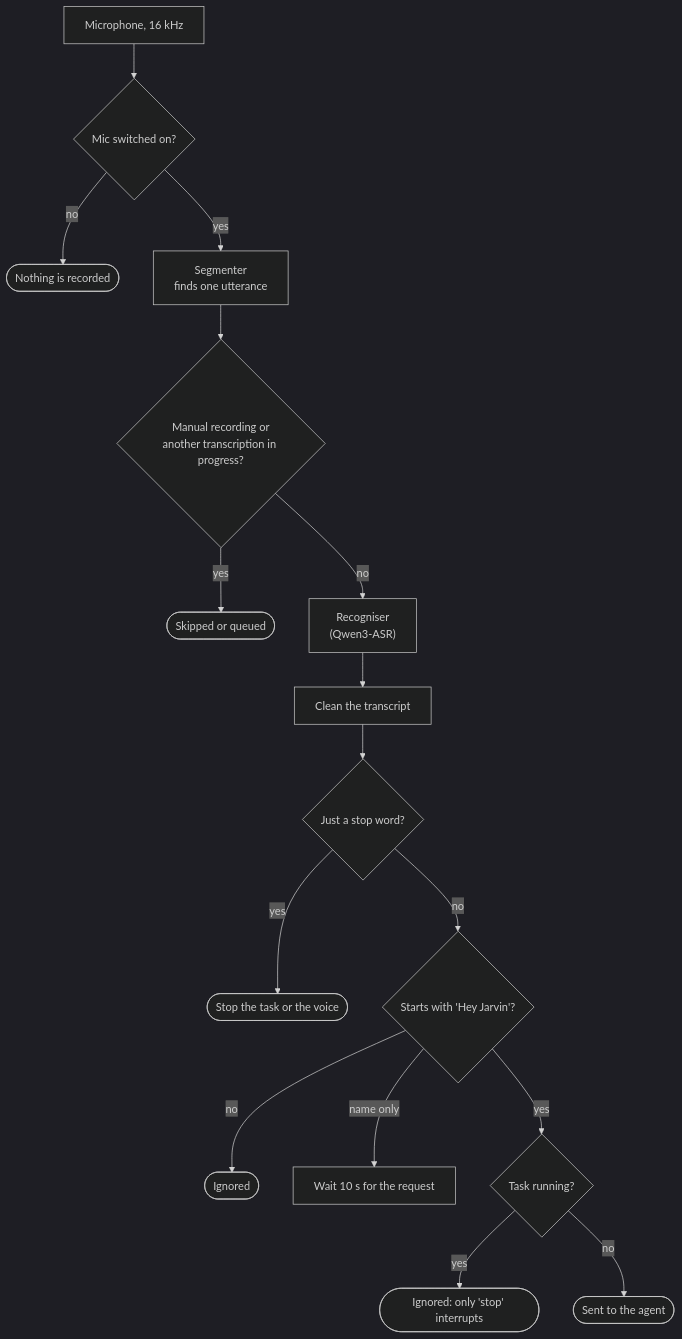
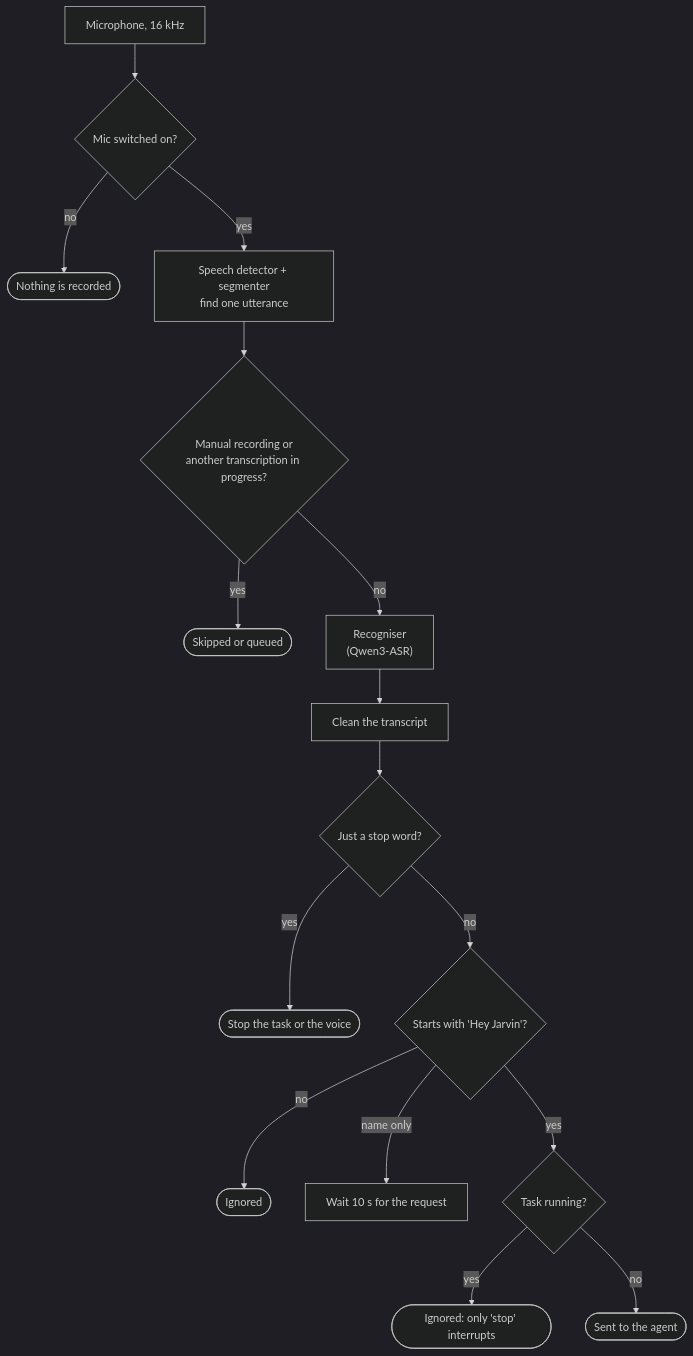
Before and after one commit to Navaz-Chilakala/jarvin: the seventh of 8 diagrams in docs/JARVIN-TECHNICAL-GUIDE.md, drawn with Mermaid (dark theme). The commit also changed other lines of this file and 13 other files, not shown here.

First line of the commit message:
Voice: trained speech detector (Silero VAD) in place of the loudness threshold

````diff
--- a/docs/JARVIN-TECHNICAL-GUIDE.md
+++ b/docs/JARVIN-TECHNICAL-GUIDE.md
@@ -526,18 +526,18 @@
 ```mermaid
 flowchart TD
     Mic[Microphone, 16 kHz] --> Sw{Mic switched on?}
     Sw -->|no| Idle([Nothing is recorded])
-    Sw -->|yes| Seg["Segmenter<br/>finds one utterance"]
+    Sw -->|yes| Seg["Speech detector + segmenter<br/>find one utterance"]
     Seg --> Busy{"Manual recording or<br/>another transcription in progress?"}
     Busy -->|yes| Skip([Skipped or queued])
     Busy -->|no| STT["Recogniser<br/>(Qwen3-ASR)"]
     STT --> Clean[Clean the transcript]
     Clean --> Stop{"Just a stop word?"}
     Stop -->|yes| DoStop([Stop the task or the voice])
     Stop -->|no| Name{"Starts with 'Hey Jarvin'?"}
     Name -->|"no"| Ign([Ignored])
     Name -->|"name only"| Arm["Wait 10 s for the request"]
     Name -->|"yes"| Act{Task running?}
     Act -->|yes| Ign2(["Ignored: only 'stop' interrupts"])
     Act -->|no| Run([Sent to the agent])
 ```
````
